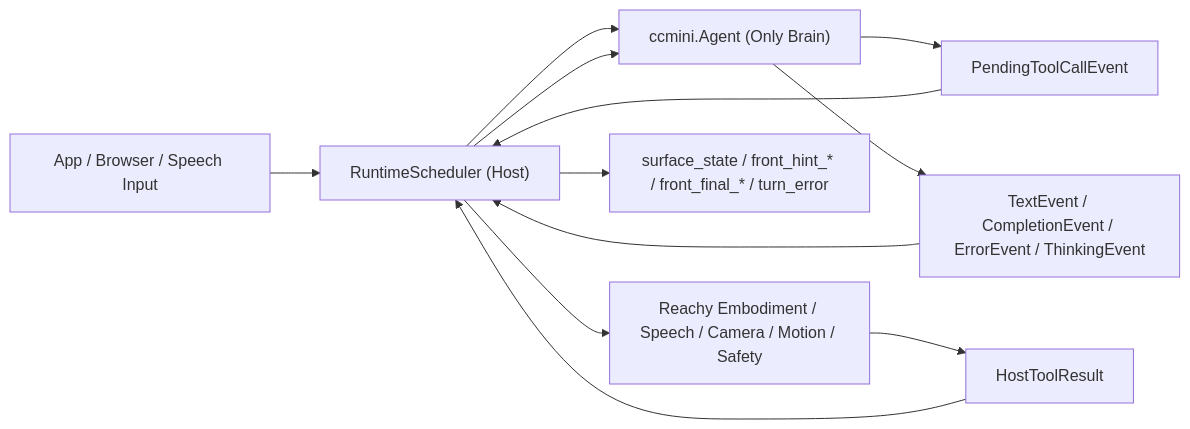
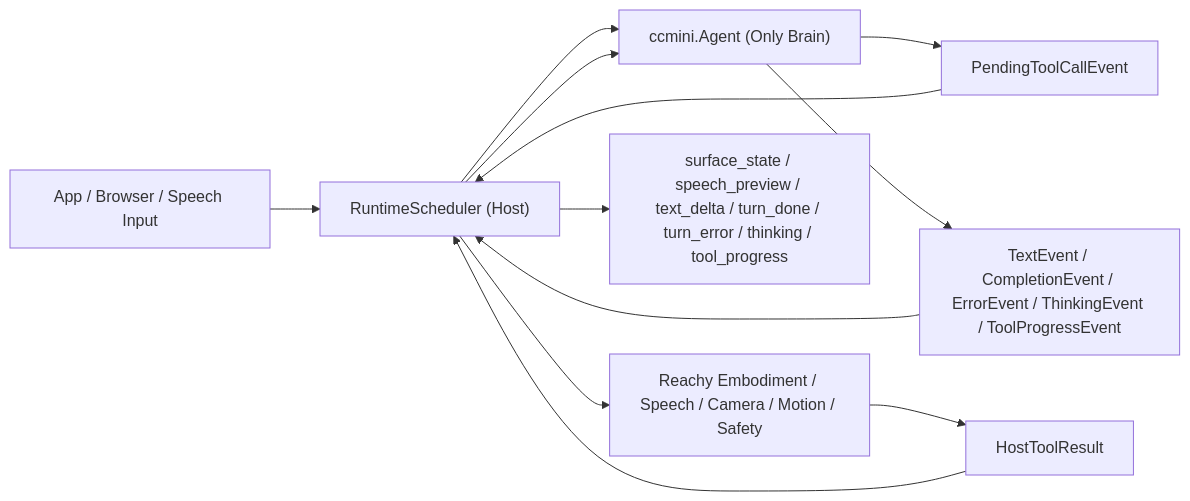
One commit to go-hare/reachy_mini changed the diagram in docs/source/SDK/ccmini-single-brain-design.md. Above: the diagram before and after it, drawn with Mermaid. The commit also changed other lines of this file and 371 other files, not shown here.

````diff
--- a/docs/source/SDK/ccmini-single-brain-design.md
+++ b/docs/source/SDK/ccmini-single-brain-design.md
@@ -90,14 +103,14 @@
 ```mermaid
 flowchart LR
     A["App / Browser / Speech Input"] --> B["RuntimeScheduler (Host)"]
     B --> C["ccmini.Agent (Only Brain)"]
     C --> D["PendingToolCallEvent"]
     D --> B
     B --> E["Reachy Embodiment / Speech / Camera / Motion / Safety"]
     E --> F["HostToolResult"]
     F --> B
     B --> C
-    C --> G["TextEvent / CompletionEvent / ErrorEvent / ThinkingEvent"]
+    C --> G["TextEvent / CompletionEvent / ErrorEvent / ThinkingEvent / ToolProgressEvent"]
     G --> B
-    B --> H["surface_state / front_hint_* / front_final_* / turn_error"]
+    B --> H["surface_state / speech_preview / text_delta / turn_done / turn_error / thinking / tool_progress"]
 ```
````
